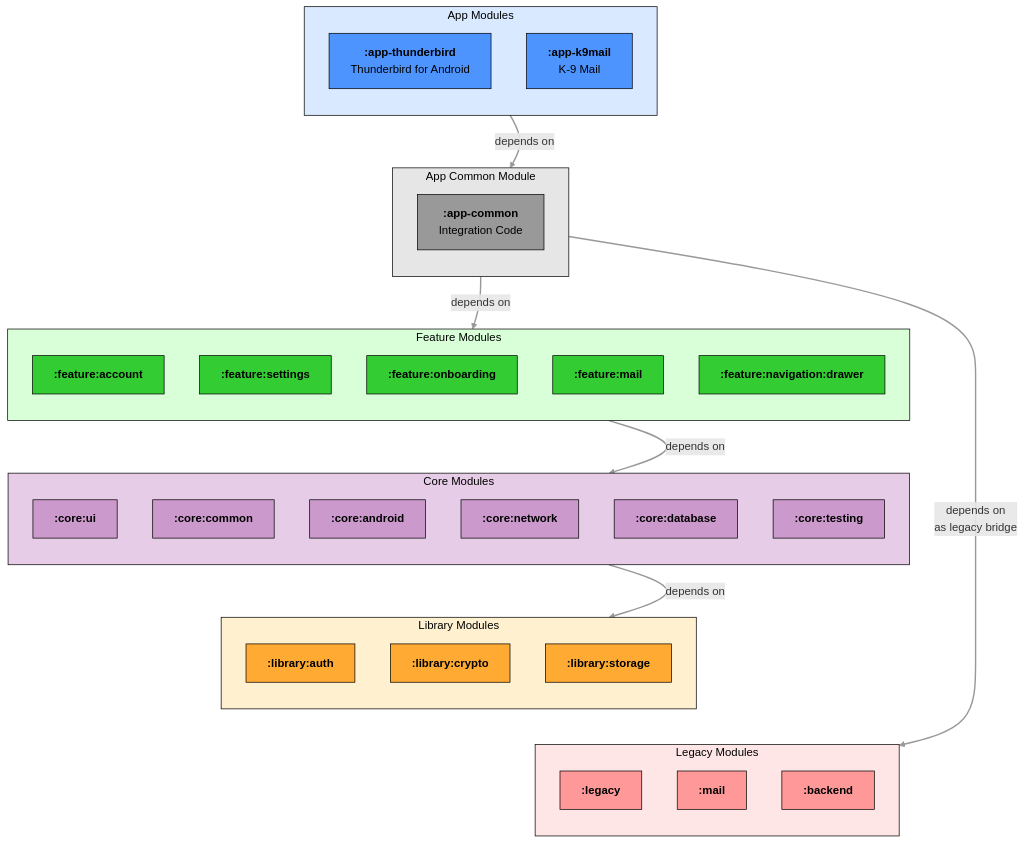
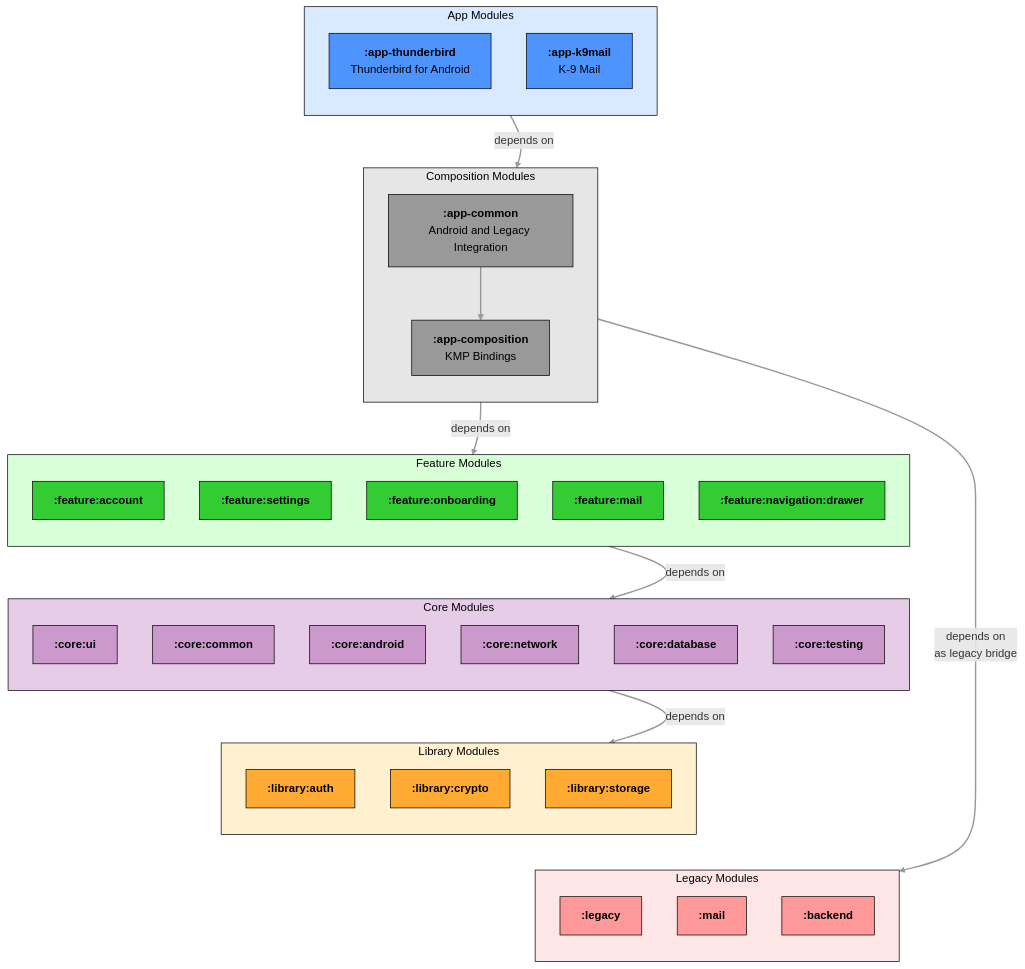
The first of 2 diagrams in docs/architecture/module-organization.md (thunderbird/thunderbird-android), drawn with Mermaid before and after one commit. The commit also changed other lines of this file and 7 other files, not shown here.

Commit message:
docs(architecture): define app composition boundaries

```diff
--- a/docs/architecture/module-organization.md
+++ b/docs/architecture/module-organization.md
@@ -19,9 +19,10 @@
         APP_K9["`**:app-k9mail**<br>K-9 Mail`"]
     end
 
-    subgraph COMMON[App Common Module]
+    subgraph COMPOSITION[Composition Modules]
         direction TB
-        COMMON_APP["`**:app-common**<br>Integration Code`"]
+        APP_COMPOSITION["`**:app-composition**<br>KMP Bindings`"]
+        COMMON_APP["`**:app-common**<br>Android and Legacy Integration`"]
     end
 
     subgraph FEATURE[Feature Modules]
@@ -57,17 +58,18 @@
         LEGACY_BACKEND["`**:backend**`"]
     end
 
-    APP ~~~ COMMON
-    COMMON ~~~ FEATURE
+    APP ~~~ COMPOSITION
+    COMPOSITION ~~~ FEATURE
     FEATURE ~~~ CORE
     CORE ~~~ LIBRARY
     LIBRARY ~~~ LEGACY
 
-    APP --> |depends on| COMMON
-    COMMON --> |depends on| FEATURE
+    APP --> |depends on| COMPOSITION
+    COMMON_APP --> APP_COMPOSITION
+    APP_COMPOSITION --> |depends on| FEATURE
     FEATURE --> |depends on| CORE
     CORE --> |depends on| LIBRARY
-    COMMON --> |depends on<br>as legacy bridge| LEGACY
+    COMMON_APP --> |depends on<br>as legacy bridge| LEGACY
 
     classDef app fill:#d9e9ff,stroke:#000000,color:#000000
     classDef app_module fill:#4d94ff,stroke:#000000,color:#000000
@@ -87,8 +89,8 @@
 
     class APP app
     class APP_TB,APP_K9 app_module
-    class COMMON common
-    class COMMON_APP common_module
+    class COMPOSITION common
+    class APP_COMPOSITION,COMMON_APP common_module
     class FEATURE feature
     class FEATURE_ACCOUNT,FEATURE_SETTINGS,FEATURE_ONBOARDING,FEATURE_MAIL,FEATURE_NAV_DRAWER feature_module
     class CORE core
```
